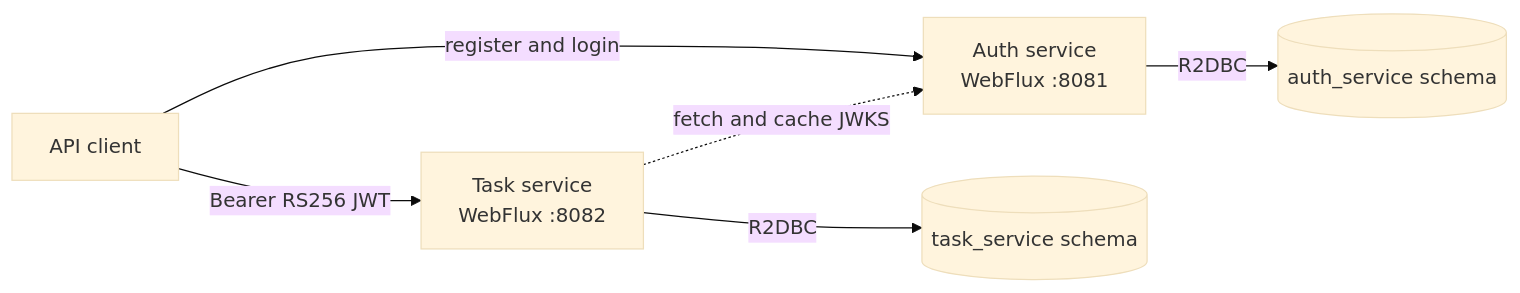
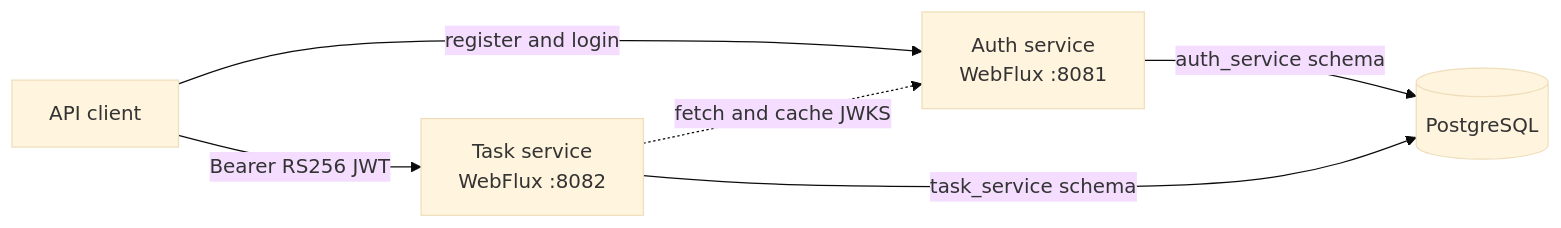
Before and after one commit to LeandroTorresCoutinho/task-flow: the diagram in README.md, drawn with Mermaid (base theme). The commit also changed other lines of this file and 10 other files, not shown here.

````diff
--- a/README.md
+++ b/README.md
@@ -11,14 +43,13 @@
 ```mermaid
 flowchart LR
     Client[API client]
     Auth[Auth service<br/>WebFlux :8081]
     Tasks[Task service<br/>WebFlux :8082]
-    AuthSchema[(auth_service schema)]
-    TaskSchema[(task_service schema)]
+    Database[(PostgreSQL)]
 
     Client -->|register and login| Auth
     Client -->|Bearer RS256 JWT| Tasks
-    Auth -->|R2DBC| AuthSchema
-    Tasks -->|R2DBC| TaskSchema
+    Auth -->|auth_service schema| Database
+    Tasks -->|task_service schema| Database
     Tasks -.->|fetch and cache JWKS| Auth
 ```
````
